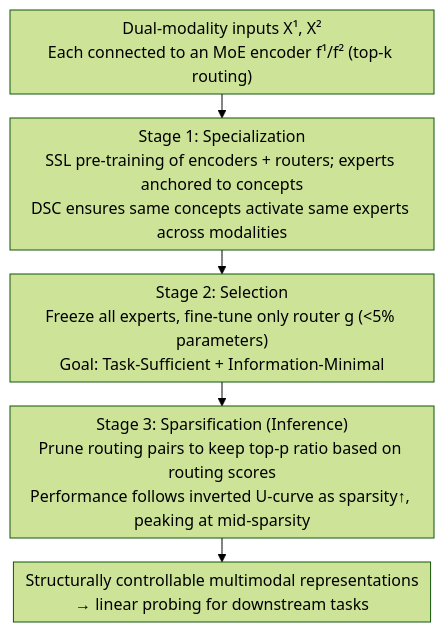
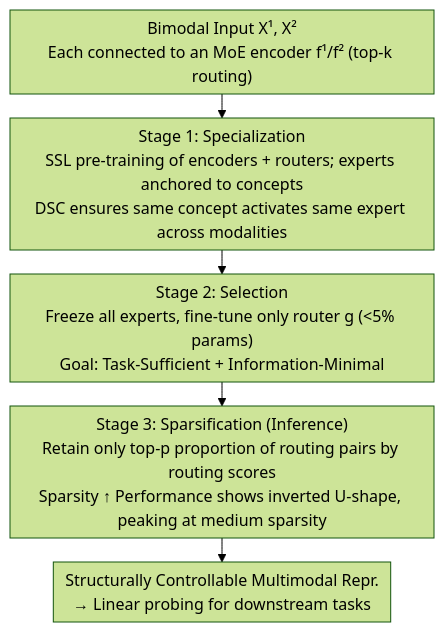
One commit to zhaoyang97/Paper-Notes-en changed the diagram in docs/ICML2026/multimodal_vlm/toward_structural_multimodal_representations_specialization_selection_and_sparsi.md. Above: the diagram before and after it, drawn with Mermaid (forest theme). The commit also changed other lines of this file and 5084 other files, not shown here.

````diff
--- a/docs/ICML2026/multimodal_vlm/toward_structural_multimodal_representations_specialization_selection_and_sparsi.md
+++ b/docs/ICML2026/multimodal_vlm/toward_structural_multimodal_representations_specialization_selection_and_sparsi.md
@@ -43,8 +43,8 @@
 ```mermaid
 %%{init: {'flowchart': {'rankSpacing': 24, 'nodeSpacing': 28, 'padding': 6, 'wrappingWidth': 400}}}%%
 flowchart TD
-    A["Dual-modality inputs X¹, X²<br/>Each connected to an MoE encoder f¹/f² (top-k routing)"] --> B["Stage 1: Specialization<br/>SSL pre-training of encoders + routers; experts anchored to concepts<br/>DSC ensures same concepts activate same experts across modalities"]
-    B --> C["Stage 2: Selection<br/>Freeze all experts, fine-tune only router g (<5% parameters)<br/>Goal: Task-Sufficient + Information-Minimal"]
-    C --> D["Stage 3: Sparsification (Inference)<br/>Prune routing pairs to keep top-p ratio based on routing scores<br/>Performance follows inverted U-curve as sparsity↑, peaking at mid-sparsity"]
-    D --> E["Structurally controllable multimodal representations<br/>→ linear probing for downstream tasks"]
+    A["Bimodal Input X¹, X²<br/>Each connected to an MoE encoder f¹/f² (top-k routing)"] --> B["Stage 1: Specialization<br/>SSL pre-training of encoders + routers; experts anchored to concepts<br/>DSC ensures same concept activates same expert across modalities"]
+    B --> C["Stage 2: Selection<br/>Freeze all experts, fine-tune only router g (<5% params)<br/>Goal: Task-Sufficient + Information-Minimal"]
+    C --> D["Stage 3: Sparsification (Inference)<br/>Retain only top-p proportion of routing pairs by routing scores<br/>Sparsity ↑ Performance shows inverted U-shape, peaking at medium sparsity"]
+    D --> E["Structurally Controllable Multimodal Repr.<br/>→ Linear probing for downstream tasks"]
 ```
````
